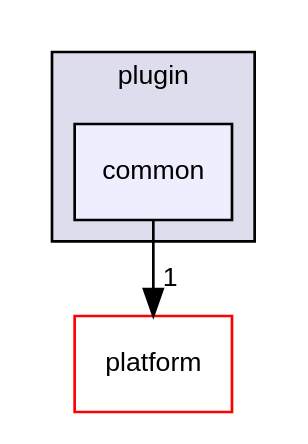
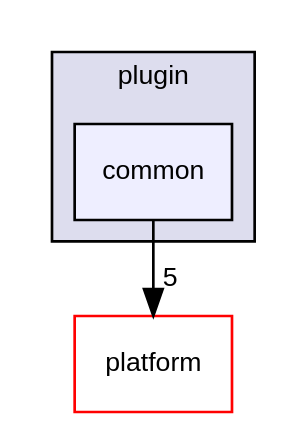
One commit to BlueBrain/BioExplorer changed the diagram in docs/dir_f455f6cb0df5bdf613b6c4016708f12e_dep.dot. Above: the diagram before and after it, drawn with Graphviz. The commit also changed 1946 other files, not shown here.

```diff
--- a/docs/dir_f455f6cb0df5bdf613b6c4016708f12e_dep.dot
+++ b/docs/dir_f455f6cb0df5bdf613b6c4016708f12e_dep.dot
@@ -1,11 +1,11 @@
 digraph "bioexplorer/backend/plugins/MediaMaker/plugin/common" {
   compound=true
   node [ fontsize="10", fontname="Helvetica"];
   edge [ labelfontsize="10", labelfontname="Helvetica"];
   subgraph clusterdir_b52349f5576cfd3d293727016b3a4bfd {
     graph [ bgcolor="#ddddee", pencolor="black", label="plugin" fontname="Helvetica", fontsize="10", URL="dir_b52349f5576cfd3d293727016b3a4bfd.html"]
   dir_f455f6cb0df5bdf613b6c4016708f12e [shape=box, label="common", style="filled", fillcolor="#eeeeff", pencolor="black", URL="dir_f455f6cb0df5bdf613b6c4016708f12e.html"];
   }
   dir_c5a52a81292cf9a5167198f4f346d6d9 [shape=box label="platform" fillcolor="white" style="filled" color="red" URL="dir_c5a52a81292cf9a5167198f4f346d6d9.html"];
-  dir_f455f6cb0df5bdf613b6c4016708f12e->dir_c5a52a81292cf9a5167198f4f346d6d9 [headlabel="1", labeldistance=1.5 headhref="dir_000091_000061.html"];
+  dir_f455f6cb0df5bdf613b6c4016708f12e->dir_c5a52a81292cf9a5167198f4f346d6d9 [headlabel="5", labeldistance=1.5 headhref="dir_000092_000062.html"];
 }
```
